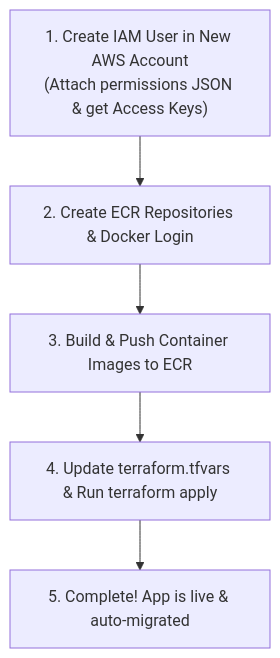
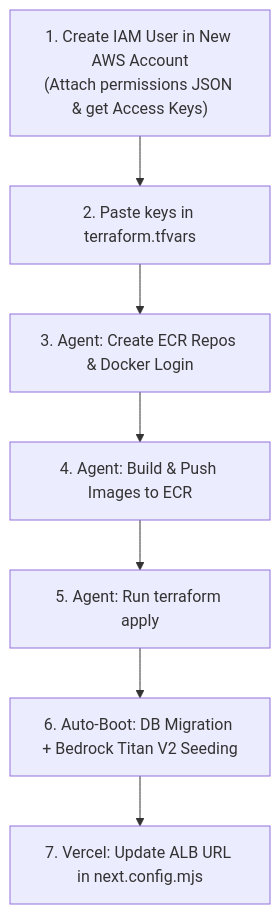
Before and after one commit to atharvabaodhankar/Progressly: the diagram in terraform/INFRASTRUCTURE_OPERATIONS_MANUAL.md, drawn with Mermaid. The commit also changed other lines of this file, not shown here.

Commit message:
docs: add infrastructure operations and cost safety manual for terraform deployment

````diff
--- a/terraform/INFRASTRUCTURE_OPERATIONS_MANUAL.md
+++ b/terraform/INFRASTRUCTURE_OPERATIONS_MANUAL.md
@@ -37,7 +39,9 @@
 ```mermaid
 flowchart TD
-    A["1. Create IAM User in New AWS Account<br/>(Attach permissions JSON & get Access Keys)"] --> B["2. Create ECR Repositories & Docker Login"]
-    B --> C["3. Build & Push Container Images to ECR"]
-    C --> D["4. Update terraform.tfvars & Run terraform apply"]
-    D --> E["5. Complete! App is live & auto-migrated"]
+    A["1. Create IAM User in New AWS Account<br/>(Attach permissions JSON & get Access Keys)"] --> B["2. Paste keys in terraform.tfvars"]
+    B --> C["3. Agent: Create ECR Repos & Docker Login"]
+    C --> D["4. Agent: Build & Push Images to ECR"]
+    D --> E["5. Agent: Run terraform apply"]
+    E --> F["6. Auto-Boot: DB Migration + Bedrock Titan V2 Seeding"]
+    F --> G["7. Vercel: Update ALB URL in next.config.mjs"]
 ```
````
